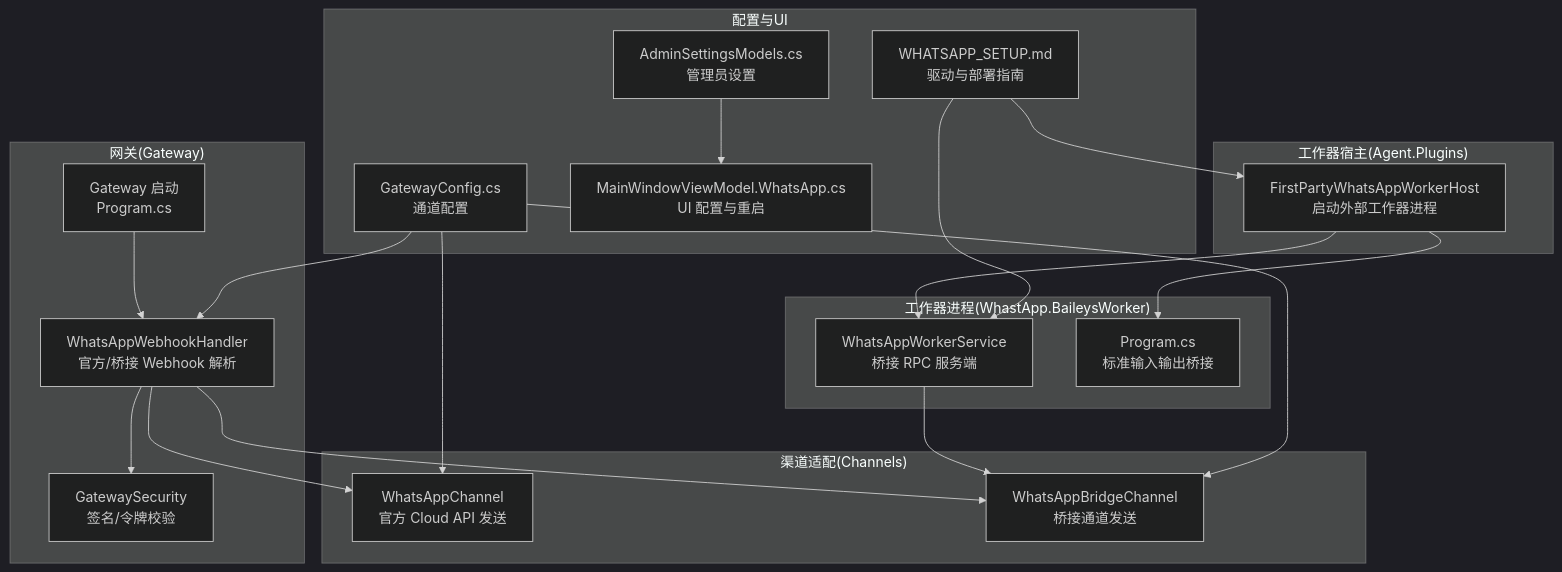
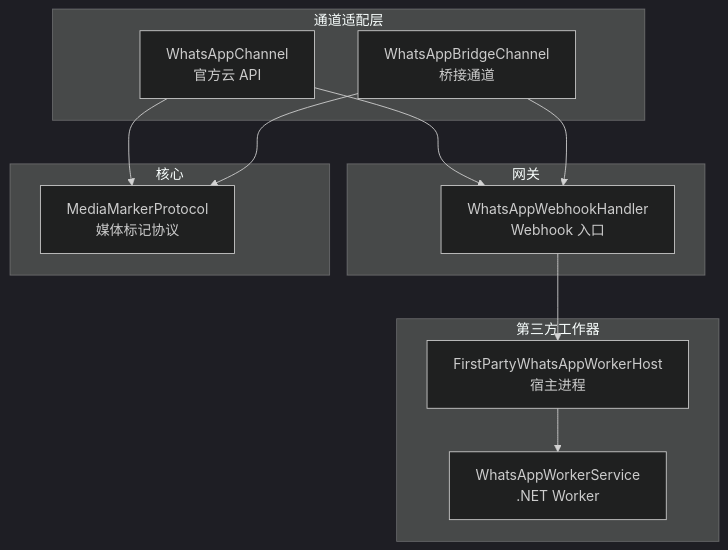
One commit to wayyet/kingcrab changed the first of 8 diagrams in .qoder/repowiki/zh/content/通信渠道/WhatsApp 集成.md. Above: the diagram before and after it, drawn with Mermaid (dark theme). The commit also changed other lines of this file and 431 other files, not shown here.

````diff
--- a/.qoder/repowiki/zh/content/通信渠道/WhatsApp 集成.md
+++ b/.qoder/repowiki/zh/content/通信渠道/WhatsApp 集成.md
@@ -49,38 +48,23 @@
 ```mermaid
 graph TB
-subgraph "网关(Gateway)"
-GW_Program["Gateway 启动<br/>Program.cs"]
-WH["WhatsAppWebhookHandler<br/>官方/桥接 Webhook 解析"]
-SEC["GatewaySecurity<br/>签名/令牌校验"]
+subgraph "通道适配层"
+WC["WhatsAppChannel<br/>官方云 API"]
+WBC["WhatsAppBridgeChannel<br/>桥接通道"]
 end
-subgraph "渠道适配(Channels)"
-WACloud["WhatsAppChannel<br/>官方 Cloud API 发送"]
-WABridge["WhatsAppBridgeChannel<br/>桥接通道发送"]
+subgraph "网关"
+WH["WhatsAppWebhookHandler<br/>Webhook 入口"]
 end
-subgraph "工作器宿主(Agent.Plugins)"
-Host["FirstPartyWhatsAppWorkerHost<br/>启动外部工作器进程"]
+subgraph "第三方工作器"
+FPW["FirstPartyWhatsAppWorkerHost<br/>宿主进程"]
+WW["WhatsAppWorkerService<br/>.NET Worker"]
 end
-subgraph "工作器进程(WhastApp.BaileysWorker)"
-WSvc["WhatsAppWorkerService<br/>桥接 RPC 服务端"]
-WProg["Program.cs<br/>标准输入输出桥接"]
+subgraph "核心"
+MM["MediaMarkerProtocol<br/>媒体标记协议"]
 end
-subgraph "配置与UI"
-Cfg["GatewayConfig.cs<br/>通道配置"]
-Admin["AdminSettingsModels.cs<br/>管理员设置"]
-Docs["WHATSAPP_SETUP.md<br/>驱动与部署指南"]
-UI["MainWindowViewModel.WhatsApp.cs<br/>UI 配置与重启"]
-end
-GW_Program --> WH
-WH --> SEC
-WH --> WACloud
-WH --> WABridge
-Host --> WSvc
-Host --> WProg
-WSvc --> WABridge
-Cfg --> WH
-Cfg --> WACloud
-Cfg --> WABridge
-Admin --> UI
-Docs --> Host
-Docs --> WSvc
+WC --> WH
+WBC --> WH
+WH --> FPW
+FPW --> WW
+WC --> MM
+WBC --> MM
 ```
````
